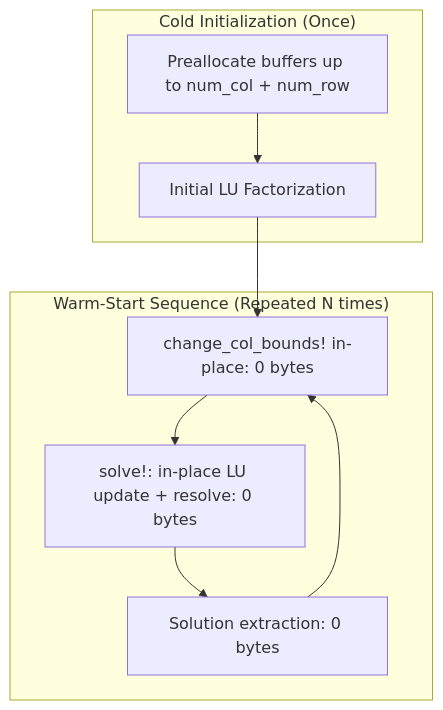
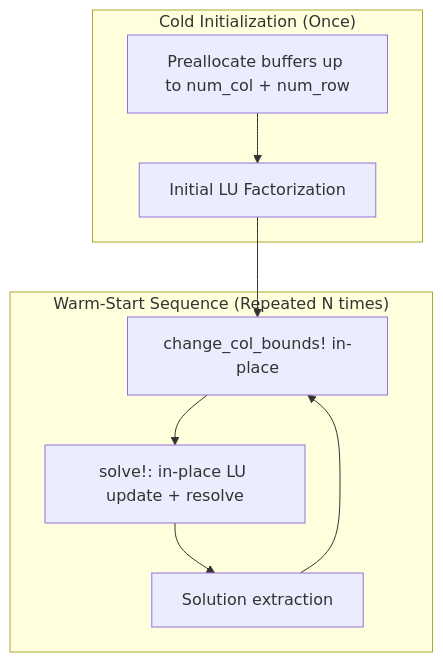
One commit to LaurentPlagne/TinyHIGHS.jl changed the second of 2 diagrams in docs/src/porting_optimizations.md. Above: the diagram before and after it, drawn with Mermaid. The commit also changed other lines of this file and 11 other files, not shown here.

````diff
--- a/docs/src/porting_optimizations.md
+++ b/docs/src/porting_optimizations.md
@@ -63,14 +63,14 @@
 ```mermaid
 graph TD
     subgraph "Cold Initialization (Once)"
         Alloc[Preallocate buffers up to num_col + num_row]
         Build[Initial LU Factorization]
     end
     subgraph "Warm-Start Sequence (Repeated N times)"
-        Mod[change_col_bounds! in-place: 0 bytes]
-        Solve[solve!: in-place LU update + resolve: 0 bytes]
-        Sol[Solution extraction: 0 bytes]
+        Mod[change_col_bounds! in-place]
+        Solve[solve!: in-place LU update + resolve]
+        Sol[Solution extraction]
         Mod --> Solve --> Sol --> Mod
     end
     Alloc --> Build --> Mod
 ```
````
